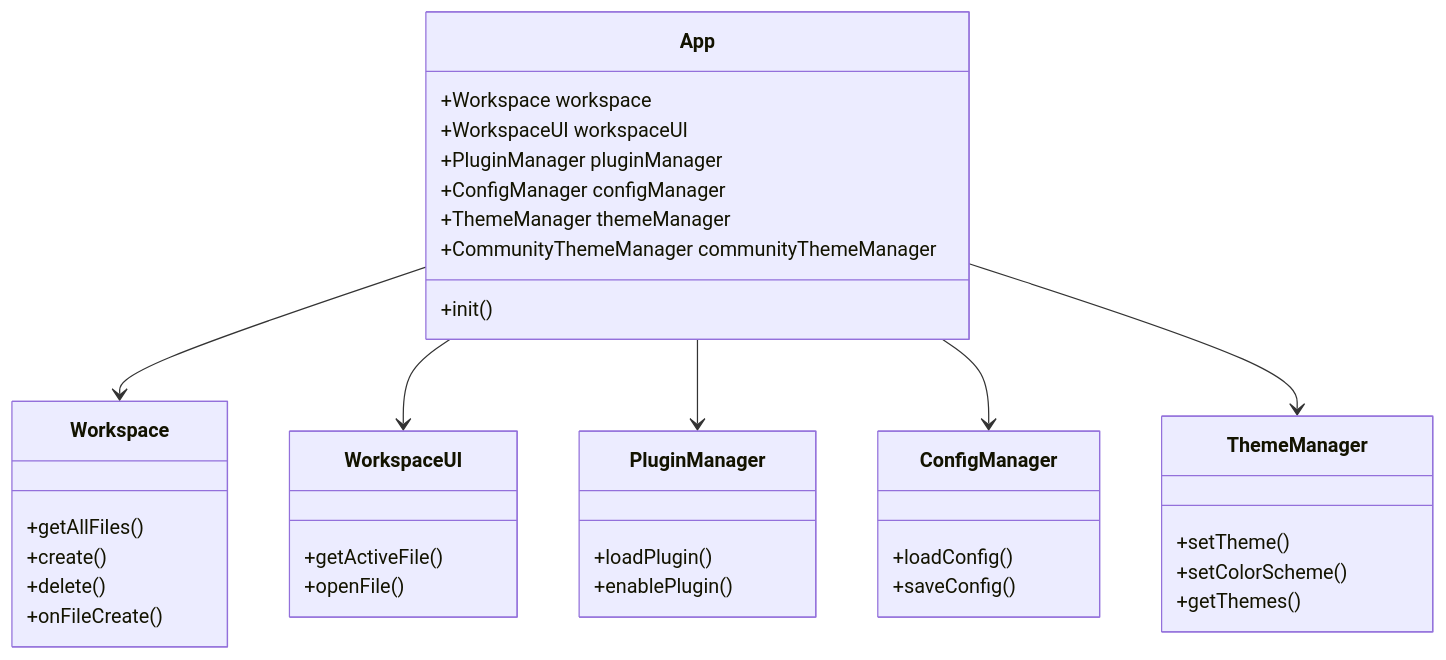
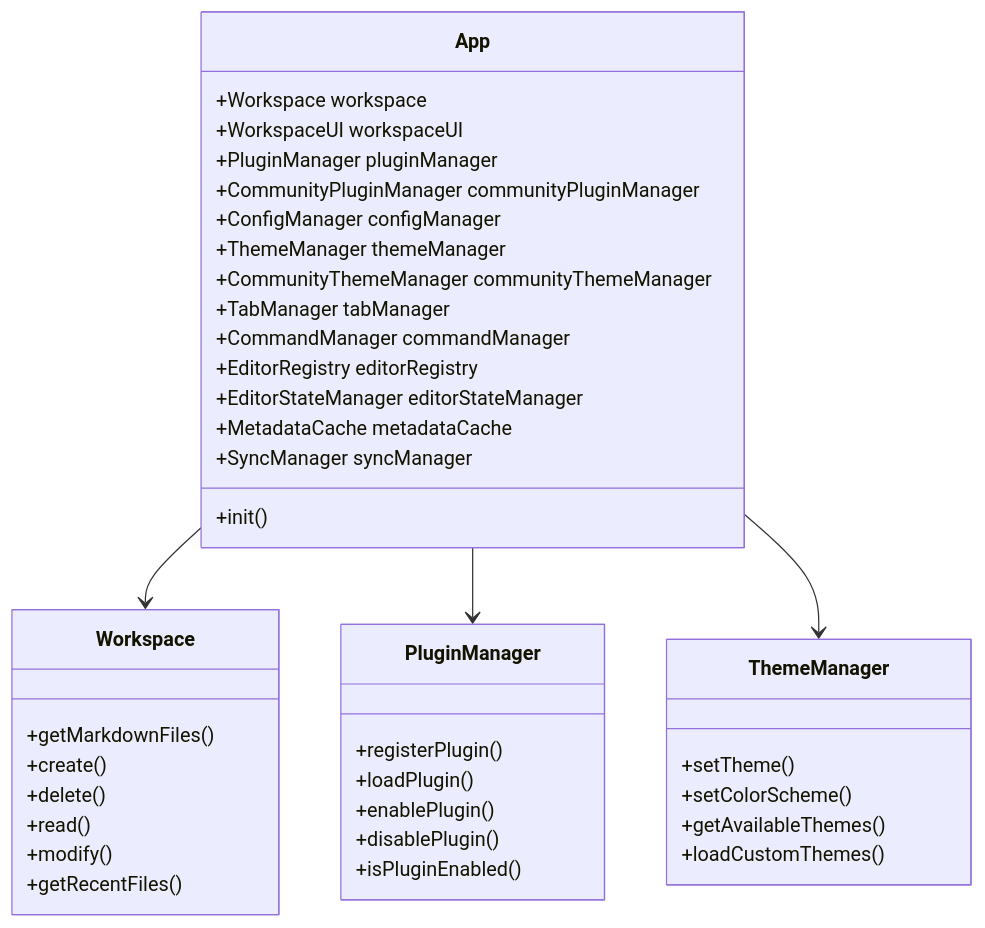
One commit to inkdown/inkdown changed the third of 3 diagrams in docs/architecture/README.md. Above: the diagram before and after it, drawn with Mermaid. The commit also changed other lines of this file and 22 other files, not shown here.

````diff
--- a/docs/architecture/README.md
+++ b/docs/architecture/README.md
@@ -60,46 +122,47 @@
 ```mermaid
 classDiagram
     class App {
         +Workspace workspace
         +WorkspaceUI workspaceUI
         +PluginManager pluginManager
+        +CommunityPluginManager communityPluginManager
         +ConfigManager configManager
         +ThemeManager themeManager
         +CommunityThemeManager communityThemeManager
+        +TabManager tabManager
+        +CommandManager commandManager
+        +EditorRegistry editorRegistry
+        +EditorStateManager editorStateManager
+        +MetadataCache metadataCache
+        +SyncManager syncManager
         +init()
     }
 
     class Workspace {
-        +getAllFiles()
+        +getMarkdownFiles()
         +create()
         +delete()
-        +onFileCreate()
-    }
-
-    class WorkspaceUI {
-        +getActiveFile()
-        +openFile()
+        +read()
+        +modify()
+        +getRecentFiles()
     }
 
     class PluginManager {
+        +registerPlugin()
         +loadPlugin()
         +enablePlugin()
-    }
-
-    class ConfigManager {
-        +loadConfig()
-        +saveConfig()
+        +disablePlugin()
+        +isPluginEnabled()
     }
 
     class ThemeManager {
         +setTheme()
         +setColorScheme()
-        +getThemes()
+        +getAvailableThemes()
+        +loadCustomThemes()
     }
 
     App --> Workspace
-    App --> WorkspaceUI
     App --> PluginManager
-    App --> ConfigManager
     App --> ThemeManager
 ```
````
